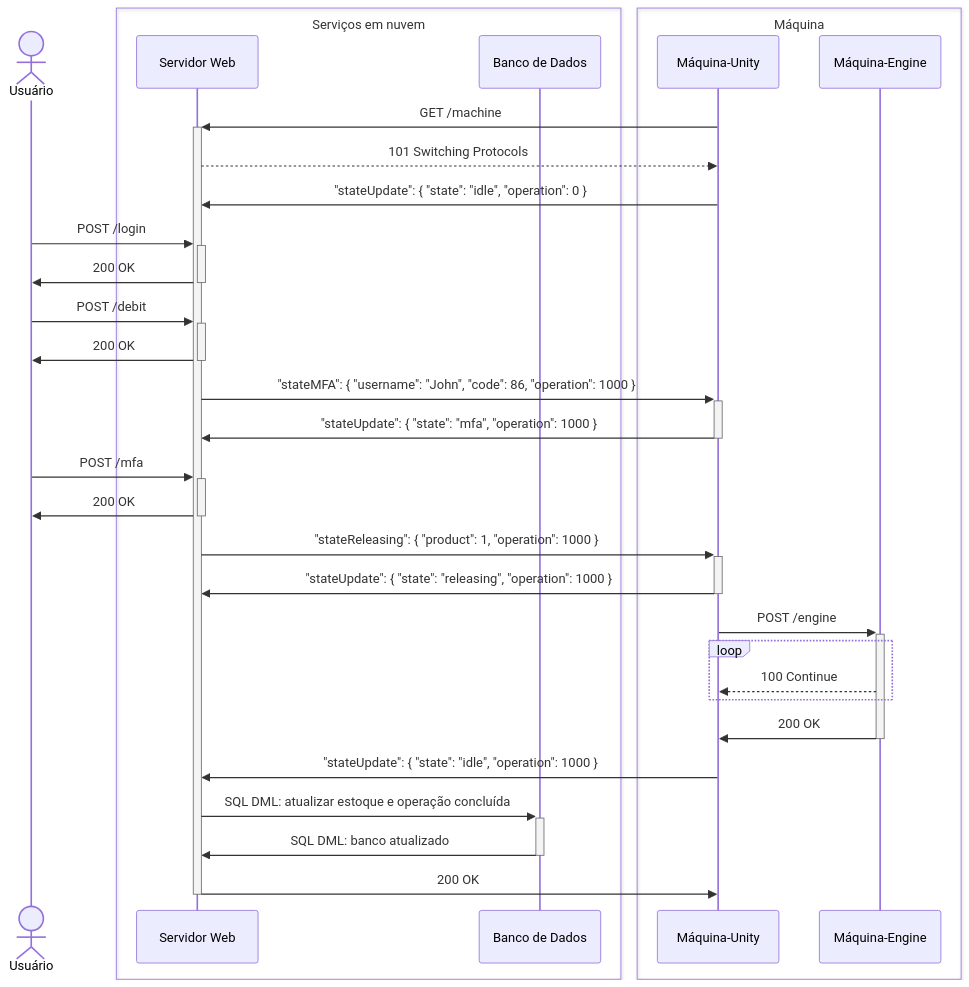
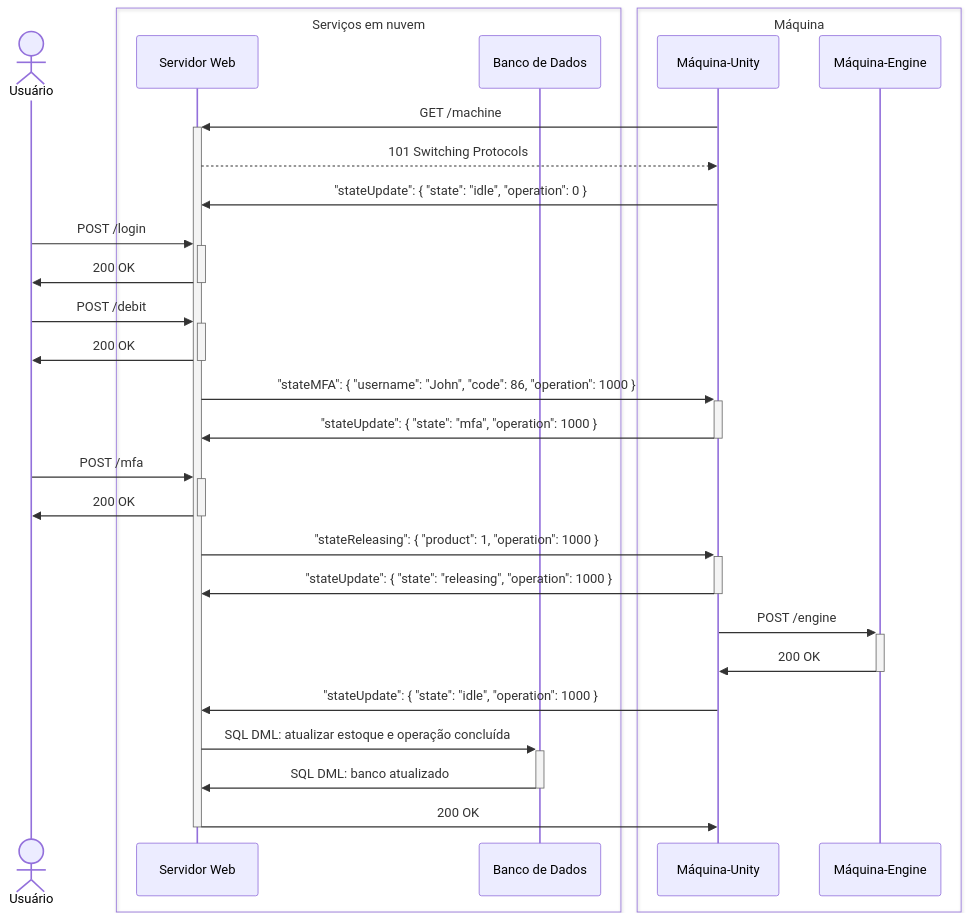
Before and after one commit to feira-de-jogos/feira-de-jogos: the ninth of 9 diagrams in v2/README.md, drawn with Mermaid. The commit also changed 1 other file, not shown here.

Commit message:
Atualizar Engine API v2 #6

````diff
--- a/v2/README.md
+++ b/v2/README.md
@@ -244,44 +244,41 @@
 ```mermaid
 sequenceDiagram
   actor Usuário
   box Serviços em nuvem
     participant Servidor Web
     participant Banco de Dados
   end
   box Máquina
     participant Máquina-Unity
     participant Máquina-Engine
   end
 
   Máquina-Unity ->>+ Servidor Web: GET /machine
   Servidor Web -->> Máquina-Unity: 101 Switching Protocols
   Máquina-Unity ->> Servidor Web: "stateUpdate": { "state": "idle", "operation": 0 }
 
   Usuário ->>+ Servidor Web: POST /login
   Servidor Web ->>- Usuário: 200 OK
   
   Usuário ->>+ Servidor Web: POST /debit
   Servidor Web ->>- Usuário: 200 OK
 
   Servidor Web  ->>+ Máquina-Unity: "stateMFA": { "username": "John", "code": 86, "operation": 1000 }
   Máquina-Unity ->>- Servidor Web: "stateUpdate": { "state": "mfa", "operation": 1000 }
 
   Usuário ->>+ Servidor Web: POST /mfa
   Servidor Web ->>- Usuário: 200 OK
 
   Servidor Web ->>+ Máquina-Unity: "stateReleasing": { "product": 1, "operation": 1000 }
   Máquina-Unity ->>- Servidor Web: "stateUpdate": { "state": "releasing", "operation": 1000 }
 
   Máquina-Unity ->>+ Máquina-Engine: POST /engine
-  loop
-    Máquina-Engine -->> Máquina-Unity: 100 Continue
-  end
   Máquina-Engine ->>- Máquina-Unity: 200 OK
 
   Máquina-Unity ->> Servidor Web: "stateUpdate": { "state": "idle", "operation": 1000 }
 
   Servidor Web ->>+ Banco de Dados: SQL DML: atualizar estoque e operação concluída
   Banco de Dados ->>- Servidor Web: SQL DML: banco atualizado
 
   Servidor Web ->>- Máquina-Unity: 200 OK
 ```
````
